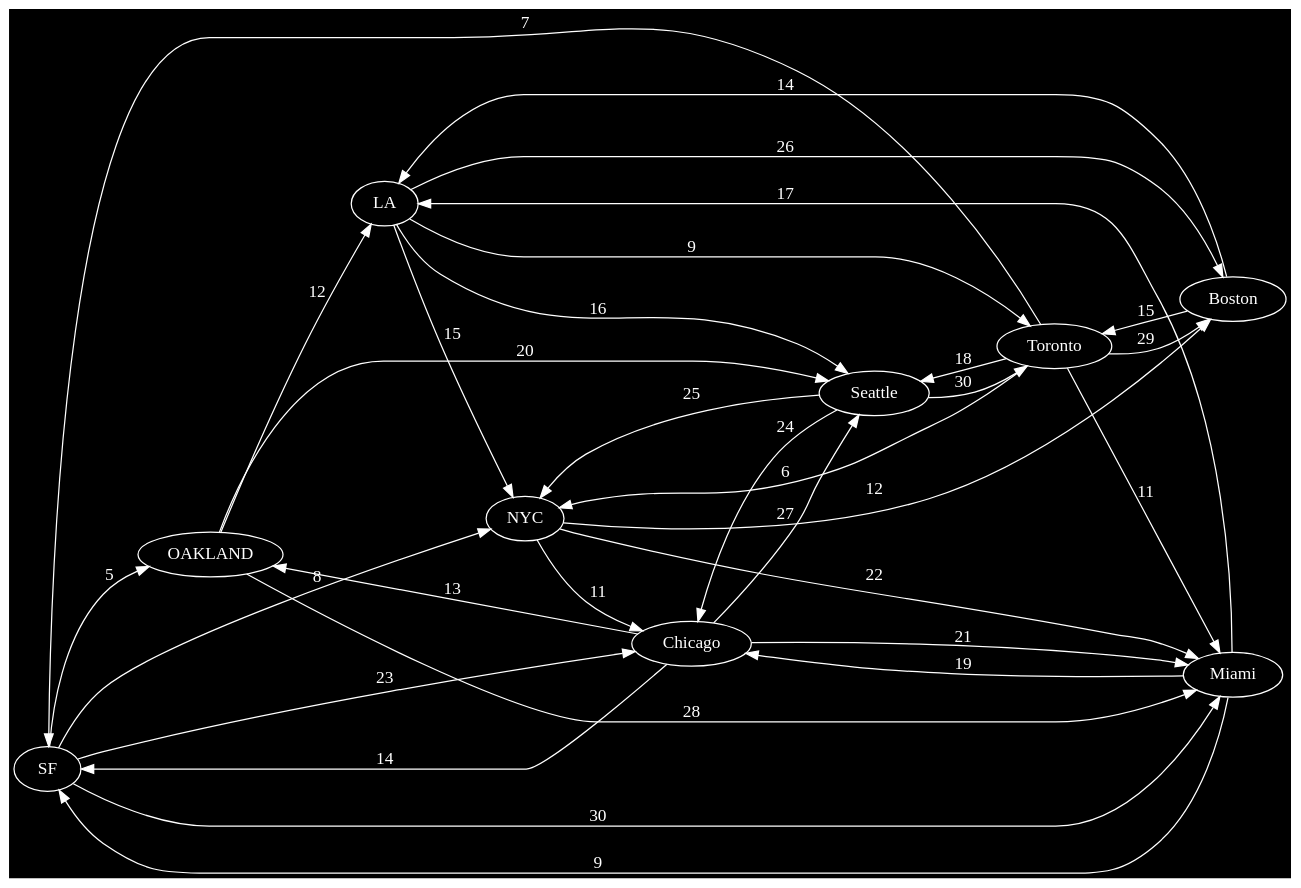
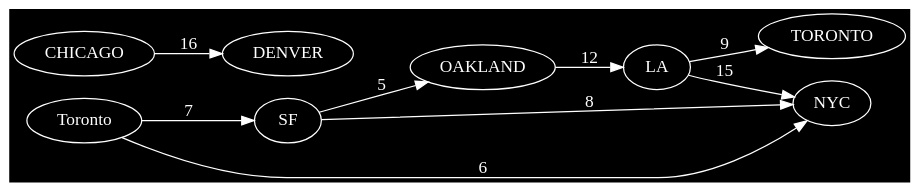
The diagram in final_project/dots/default.dot (isco355/cis_25), drawn with Graphviz before and after one commit. The commit also changed 27 other files, not shown here.

```diff
--- a/final_project/dots/default.dot
+++ b/final_project/dots/default.dot
@@ -1,41 +1,17 @@
 
 digraph {
-rankdir=LR;
-bgcolor="black";
+    rankdir=LR;
+    bgcolor="black";
+
     node [fontcolor="white",color="white"];
-     edge [color="white",fontcolor="white"];
+    edge [color="white",fontcolor="white"];
+
     SF -> OAKLAND [label="5",weight="5"];
     SF -> NYC [label="8",weight="8"];
     Toronto -> NYC [label="6",weight="6"];
     Toronto -> SF [label="7",weight="7"];
     OAKLAND -> LA [label="12",weight="12"];
     LA -> NYC [label="15",weight="15"];
-    LA -> Toronto [label="9",weight="9"];
-    NYC -> Chicago [label="11",weight="11"];
-    Chicago -> SF [label="14",weight="14"];
-    Chicago -> OAKLAND [label="13",weight="13"];
-
-    OAKLAND -> Seattle [label="20",weight="20"];
-    Seattle -> NYC [label="25",weight="25"];
-    Seattle -> Toronto [label="30",weight="30"];
-    Toronto -> Seattle [label="18",weight="18"];
-    NYC -> Miami [label="22",weight="22"];
-    Miami -> LA [label="17",weight="17"];
-    Miami -> Chicago [label="19",weight="19"];
-    LA -> Seattle [label="16",weight="16"];
-    Chicago -> Miami [label="21",weight="21"];
-    SF -> Chicago [label="23",weight="23"];
-
-    NYC -> Boston [label="12",weight="12"];
-    Boston -> Toronto [label="15",weight="15"];
-    Boston -> LA [label="14",weight="14"];
-    Toronto -> Miami [label="11",weight="11"];
-    Miami -> SF [label="9",weight="9"];
-    Seattle -> Chicago [label="24",weight="24"];
-    LA -> Boston [label="26",weight="26"];
-    Chicago -> Seattle [label="27",weight="27"];
-    OAKLAND -> Miami [label="28",weight="28"];
-    Toronto -> Boston [label="29",weight="29"];
-    SF -> Miami [label="30",weight="30"];
-
+    LA -> TORONTO [label="9",weight="9"];
+    CHICAGO -> DENVER [label="16",weight="16"];
 }
```
